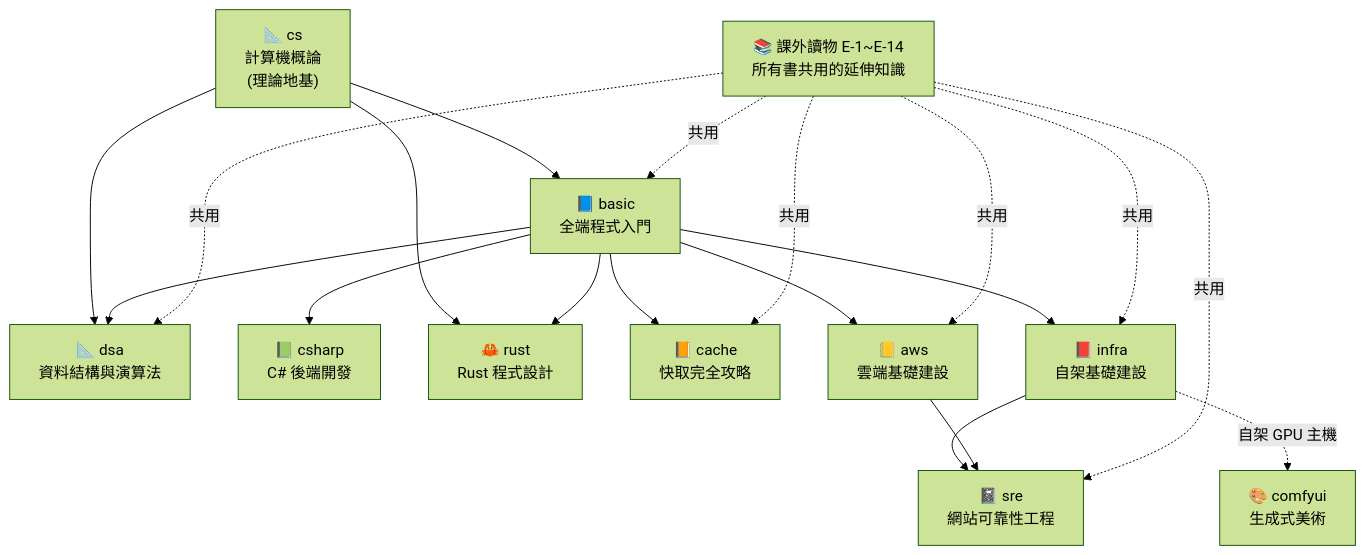
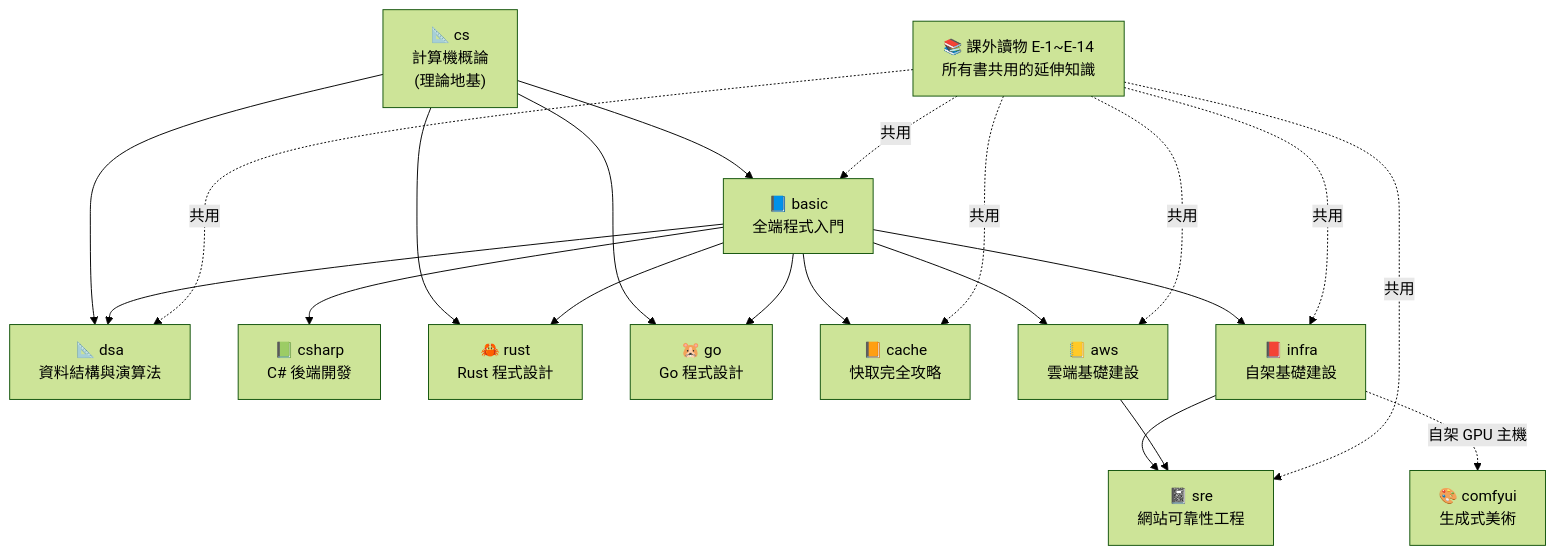
One commit to liyibass/software-engineer-roadmap changed the diagram in README.md. Above: the diagram before and after it, drawn with Mermaid (forest theme). The commit also changed other lines of this file and 28 other files, not shown here.

````diff
--- a/README.md
+++ b/README.md
@@ -12,33 +12,36 @@
 ```mermaid
 graph TB
     CS["📐 cs<br/>計算機概論<br/>(理論地基)"]
     BASIC["📘 basic<br/>全端程式入門"]
     DSA["📐 dsa<br/>資料結構與演算法"]
     CSHARP["📗 csharp<br/>C# 後端開發"]
     RUST["🦀 rust<br/>Rust 程式設計"]
+    GO["🐹 go<br/>Go 程式設計"]
     CACHE["📙 cache<br/>快取完全攻略"]
     INFRA["📕 infra<br/>自架基礎建設"]
     AWS["📒 aws<br/>雲端基礎建設"]
     SRE["📓 sre<br/>網站可靠性工程"]
     COMFY["🎨 comfyui<br/>生成式美術"]
     EXTRA["📚 課外讀物 E-1~E-14<br/>所有書共用的延伸知識"]
 
     CS --> BASIC
     CS --> DSA
     CS --> RUST
     BASIC --> DSA
     BASIC --> RUST
+    CS --> GO
+    BASIC --> GO
     BASIC --> CSHARP
     BASIC --> CACHE
     BASIC --> INFRA
     BASIC --> AWS
     INFRA --> SRE
     AWS --> SRE
     EXTRA -.共用.-> BASIC
     EXTRA -.共用.-> DSA
     EXTRA -.共用.-> CACHE
     EXTRA -.共用.-> INFRA
     EXTRA -.共用.-> AWS
     EXTRA -.共用.-> SRE
     INFRA -.自架 GPU 主機.-> COMFY
 ```
````
